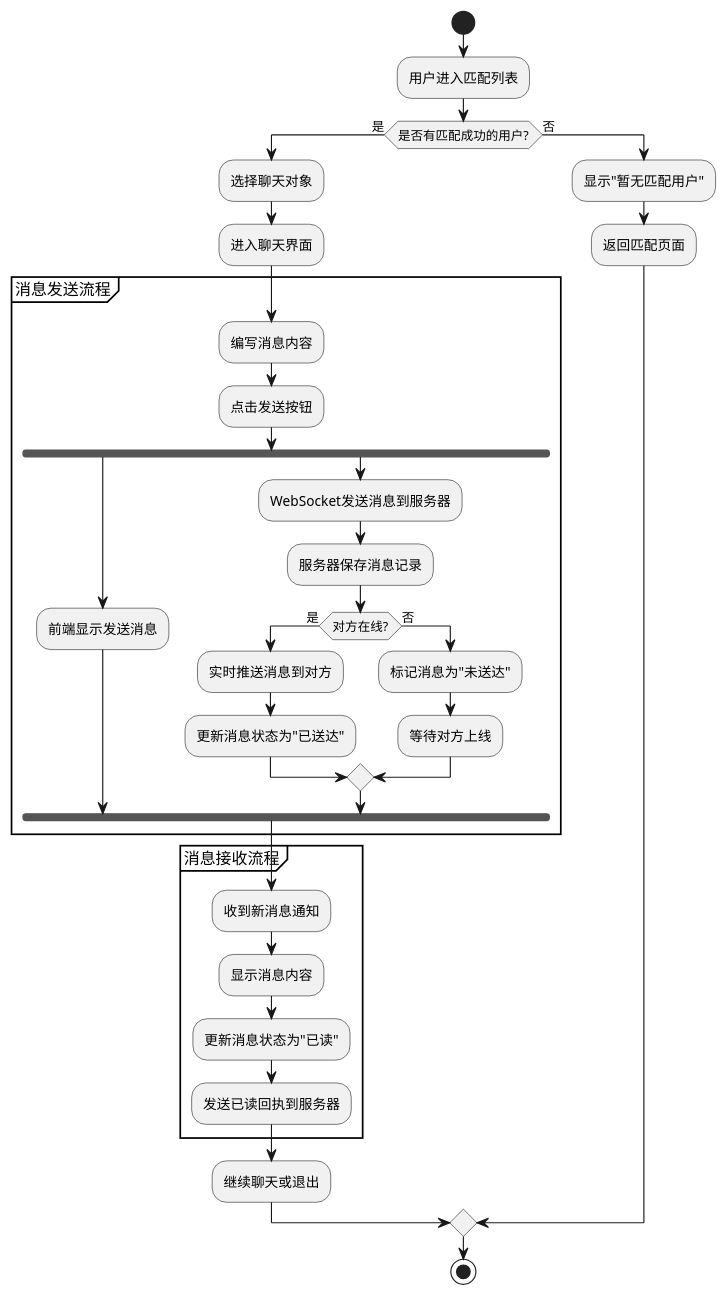
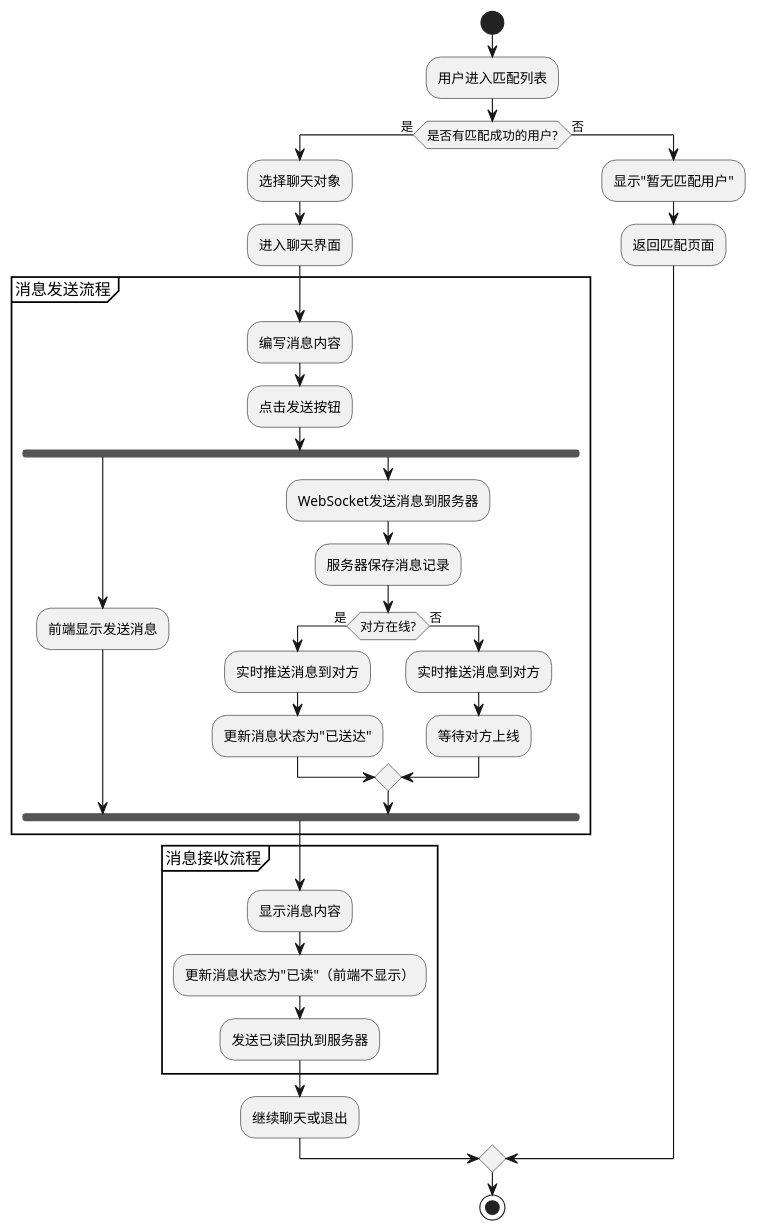
One commit to ZeroOneCN/Socialmatch changed the diagram in Pantuml/ActivityDiagram.puml. Above: the diagram before and after it, drawn with PlantUML. The commit also changed 7812 other files, not shown here.

```diff
--- a/Pantuml/ActivityDiagram.puml
+++ b/Pantuml/ActivityDiagram.puml
@@ -1,46 +1,45 @@
 @startuml "在线聊天活动图"
 
 start
 :用户进入匹配列表;
 
 if (是否有匹配成功的用户?) then (是)
   :选择聊天对象;
   :进入聊天界面;
   
   partition "消息发送流程" {
     :编写消息内容;
     :点击发送按钮;
     
     fork
       :前端显示发送消息;
     fork again
       :WebSocket发送消息到服务器;
       :服务器保存消息记录;
       
       if (对方在线?) then (是)
         :实时推送消息到对方;
         :更新消息状态为"已送达";
       else (否)
-        :标记消息为"未送达";
+        :实时推送消息到对方;
         :等待对方上线;
       endif
     end fork
   }
   
   partition "消息接收流程" {
-    :收到新消息通知;
     :显示消息内容;
-    :更新消息状态为"已读";
+    :更新消息状态为"已读"（前端不显示）;
     :发送已读回执到服务器;
   }
   
   :继续聊天或退出;
   
 else (否)
   :显示"暂无匹配用户";
   :返回匹配页面;
 endif
 
 stop
 
 @enduml 
```
